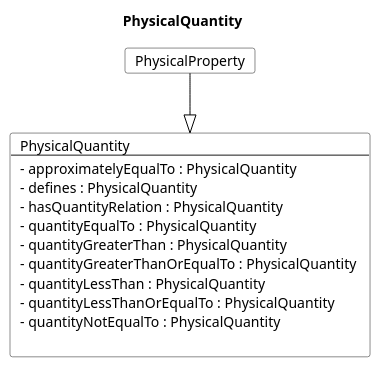
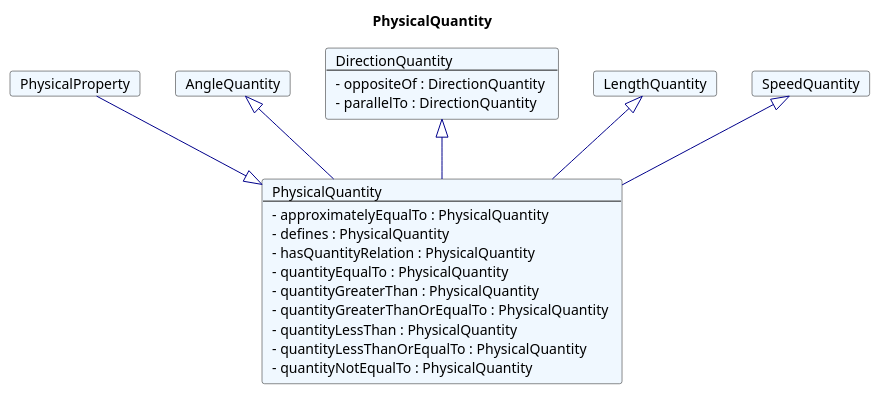
Before and after one commit to rtigran/rdf2adoc: the diagram in fragments/puml/PhysicalQuantity.plantuml, drawn with PlantUML. The commit also changed 143 other files, not shown here.

```diff
--- a/fragments/puml/PhysicalQuantity.plantuml
+++ b/fragments/puml/PhysicalQuantity.plantuml
@@ -1,22 +1,40 @@
 @startuml
 Title PhysicalQuantity 
 
-Card PhysicalQuantity #fff [
+Card PhysicalQuantity #F0F8FF [
 PhysicalQuantity
 ----
 - approximatelyEqualTo : PhysicalQuantity 
 - defines : PhysicalQuantity 
 - hasQuantityRelation : PhysicalQuantity 
 - quantityEqualTo : PhysicalQuantity 
 - quantityGreaterThan : PhysicalQuantity 
 - quantityGreaterThanOrEqualTo : PhysicalQuantity 
 - quantityLessThan : PhysicalQuantity 
 - quantityLessThanOrEqualTo : PhysicalQuantity 
 - quantityNotEqualTo : PhysicalQuantity 
-
 ]
-Card PhysicalProperty #fff [
+Card PhysicalProperty #F0F8FF [
 PhysicalProperty
 ]
-PhysicalProperty --|> PhysicalQuantity  #000 
+PhysicalProperty --|> PhysicalQuantity  #00008B 
+Card AngleQuantity #F0F8FF [
+AngleQuantity
+]
+AngleQuantity <|-- PhysicalQuantity  #00008B 
+Card DirectionQuantity #F0F8FF [
+DirectionQuantity
+----
+- oppositeOf : DirectionQuantity 
+- parallelTo : DirectionQuantity 
+]
+DirectionQuantity <|-- PhysicalQuantity  #00008B 
+Card LengthQuantity #F0F8FF [
+LengthQuantity
+]
+LengthQuantity <|-- PhysicalQuantity  #00008B 
+Card SpeedQuantity #F0F8FF [
+SpeedQuantity
+]
+SpeedQuantity <|-- PhysicalQuantity  #00008B 
 @enduml
```
